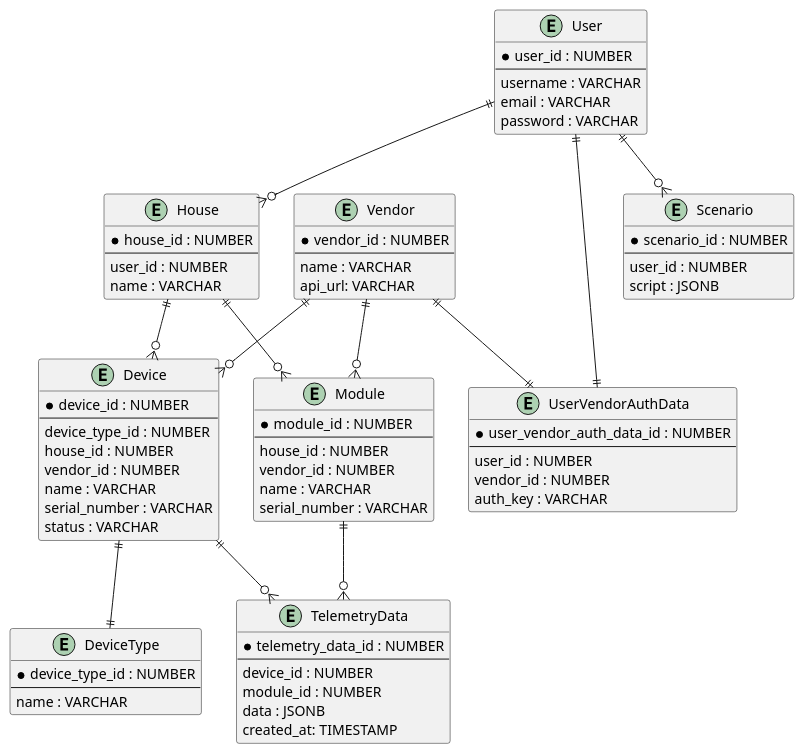
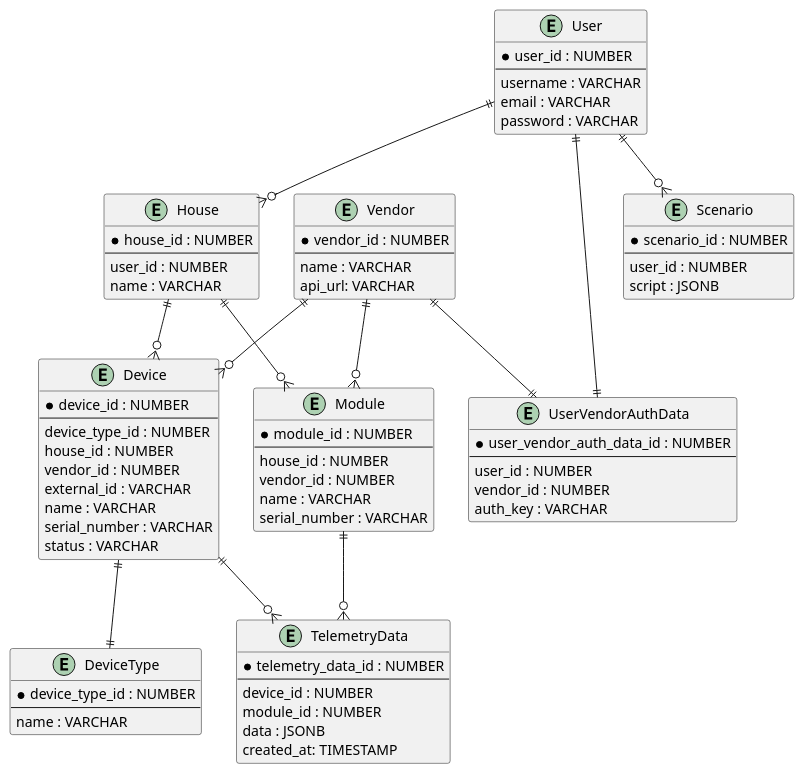
Before and after one commit to aputintsev/architecture-warmhouse: the diagram in docs/plantuml/ER_Diagram.puml, drawn with PlantUML. The commit also changed 6 other files, not shown here.

Commit message:
added diagrams, docs

```diff
--- a/docs/plantuml/ER_Diagram.puml
+++ b/docs/plantuml/ER_Diagram.puml
@@ -1,87 +1,88 @@
 @startuml
 
 entity "User" {
   * user_id : NUMBER
   --
   username : VARCHAR
   email : VARCHAR
   password : VARCHAR
 }
 
 entity "House" {
   * house_id : NUMBER
   --
   user_id : NUMBER
   name : VARCHAR
 }
 
 entity "Device" {
   * device_id : NUMBER
   --
   device_type_id : NUMBER
   house_id : NUMBER
   vendor_id : NUMBER
+  external_id : VARCHAR
   name : VARCHAR
   serial_number : VARCHAR
   status : VARCHAR
 }
 
 entity "DeviceType" {
   * device_type_id : NUMBER
   --
   name : VARCHAR
 }
 
 entity "Module" {
   * module_id : NUMBER
   --
   house_id : NUMBER
   vendor_id : NUMBER
   name : VARCHAR
   serial_number : VARCHAR
 }
 
 entity "TelemetryData" {
   * telemetry_data_id : NUMBER
   --
   device_id : NUMBER
   module_id : NUMBER
   data : JSONB
   created_at: TIMESTAMP
 }
 
 entity "Scenario" {
   * scenario_id : NUMBER
   --
   user_id : NUMBER
   script : JSONB
 }
 
 entity "Vendor" {
   * vendor_id : NUMBER
   --
   name : VARCHAR
   api_url: VARCHAR
 }
 
 entity "UserVendorAuthData" {
   * user_vendor_auth_data_id : NUMBER
   --
   user_id : NUMBER
   vendor_id : NUMBER
   auth_key : VARCHAR
 }
 
 User ||--o{ House
 House ||--o{ Device
 House ||--o{ Module
 Device ||--o{ TelemetryData
 Device ||--|| DeviceType
 Module ||--o{ TelemetryData
 User ||--o{ Scenario
 Vendor ||--o{ Device
 Vendor ||--o{ Module
 Vendor ||--|| UserVendorAuthData
 User ||--|| UserVendorAuthData
 
 @enduml
```
